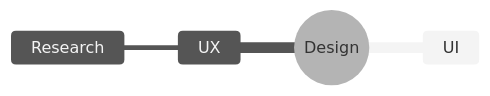
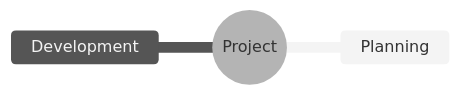
Before and after one commit to hiroki-imai/mmtutor: the first of 5 diagrams in lessons/mind.md, drawn with Mermaid (neutral theme). The commit also changed other lines of this file and 11 other files, not shown here.

````diff
--- a/lessons/mind.md
+++ b/lessons/mind.md
@@ -10,7 +6,6 @@
 ```mermaid
 mindmap
-  root((Design))
-    UI
-    UX
-      Research
+  root((Project))
+    Planning
+    Development
 ```
````
